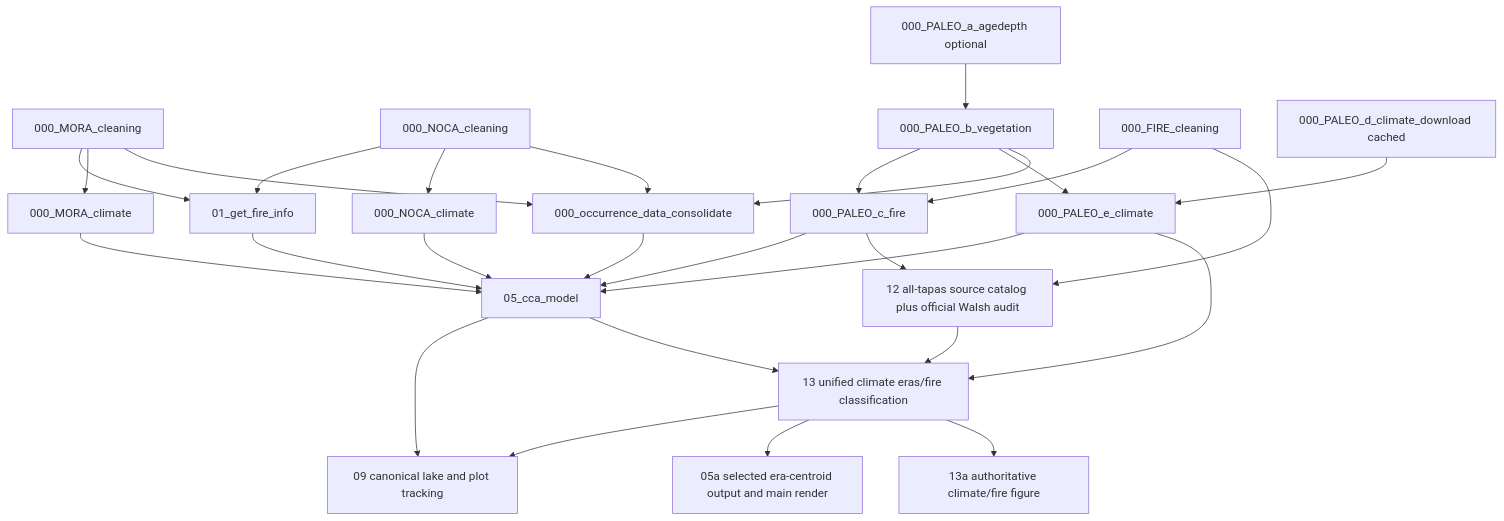
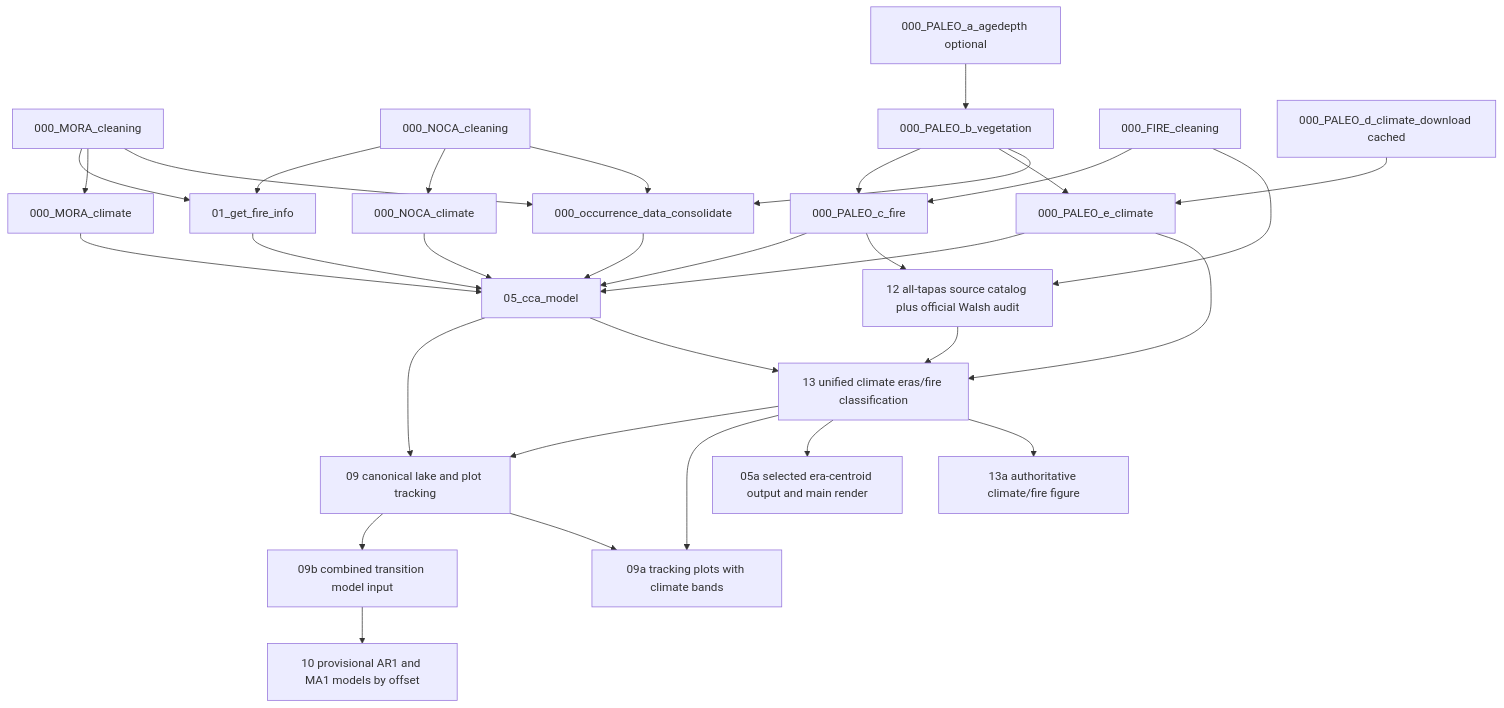
The diagram in docs/WORKFLOW.md (billurbektas/PaleoACES), drawn with Mermaid before and after one commit. The commit also changed other lines of this file and 44 other files, not shown here.

Commit message:
Replace model trials with per-offset AR1 and MA1 comparisons

````diff
--- a/docs/WORKFLOW.md
+++ b/docs/WORKFLOW.md
@@ -70,30 +73,34 @@
 ```mermaid
 flowchart TD
   MV[000_MORA_cleaning] --> AF[01_get_fire_info]
   NV[000_NOCA_cleaning] --> AF
   MV --> MC[000_MORA_climate]
   NV --> NC[000_NOCA_climate]
   BA[000_PALEO_a_agedepth optional] --> PV[000_PALEO_b_vegetation]
   FW[000_FIRE_cleaning] --> PF[000_PALEO_c_fire]
   PV --> PF
   PD[000_PALEO_d_climate_download cached] --> PE[000_PALEO_e_climate]
   PV --> PE
   MV --> OC[000_occurrence_data_consolidate]
   NV --> OC
   PV --> OC
   OC --> CCA[05_cca_model]
   MC --> CCA
   NC --> CCA
   PE --> CCA
   AF --> CCA
   PF --> CCA
   CCA --> TM1[09 canonical lake and plot tracking]
   FW --> WR[12 all-tapas source catalog plus official Walsh audit]
   PF --> WR
   CCA --> ER[13 unified climate eras/fire classification]
   ER --> TM1
+  TM1 --> MD[09b combined transition model input]
+  MD --> GLS[10 provisional AR1 and MA1 models by offset]
+  TM1 --> TV[09a tracking plots with climate bands]
+  ER --> TV
   PE --> ER
   WR --> ER
   ER --> CA[05a selected era-centroid output and main render]
   ER --> CF[13a authoritative climate/fire figure]
 ```
````
